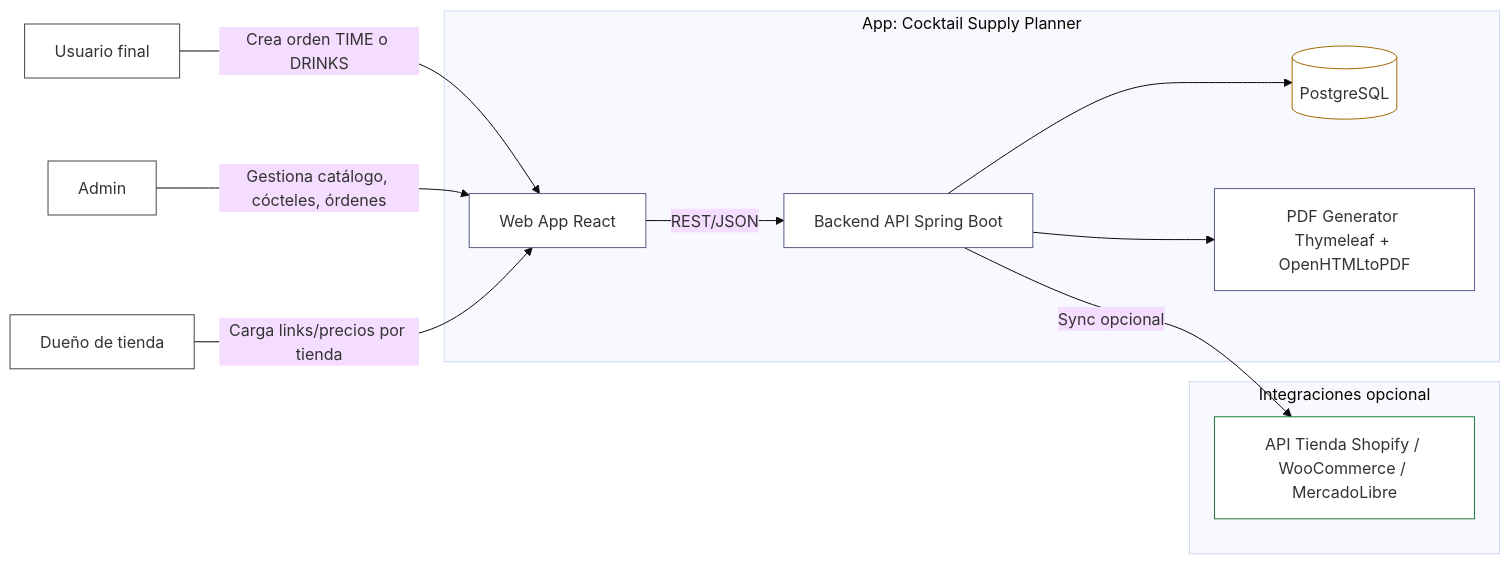
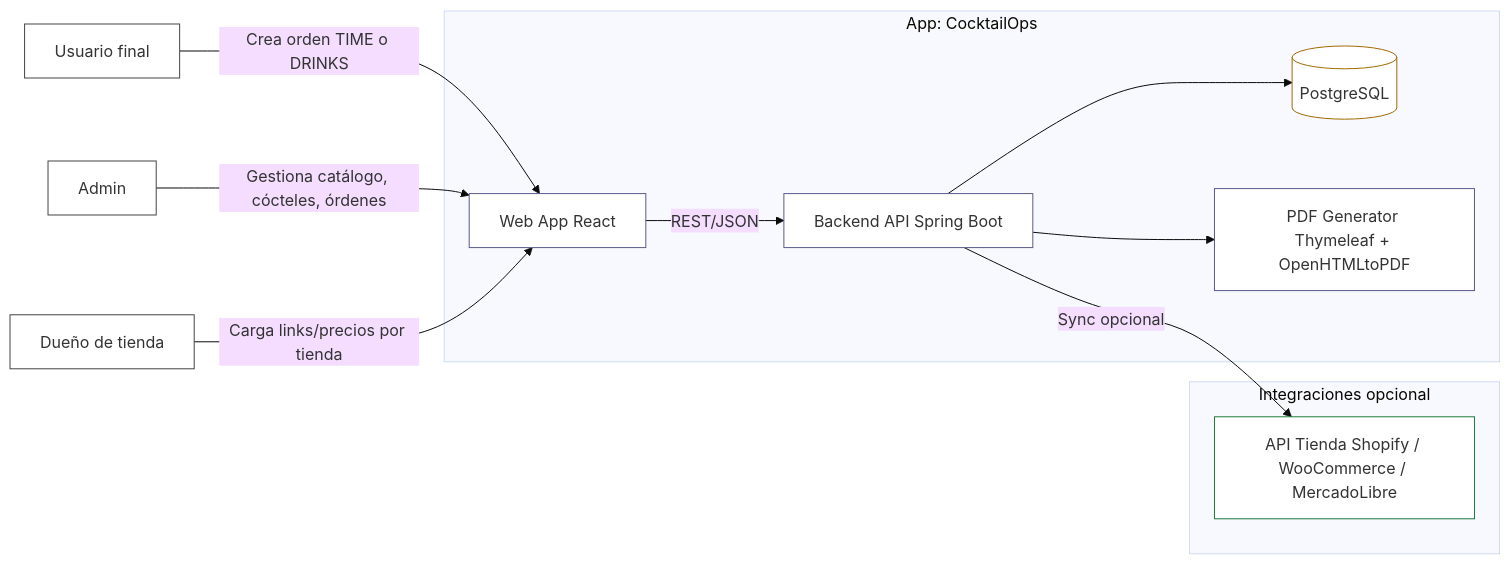
Before and after one commit to Fran3103/CocktailOps: the second of 3 diagrams in README.md, drawn with Mermaid (base theme). The commit also changed other lines of this file, not shown here.

````diff
--- a/README.md
+++ b/README.md
@@ -218,37 +321,37 @@
 ```mermaid
 flowchart LR
 
 U[Usuario final]
 A[Admin]
 S[Dueño de tienda]
 
-subgraph SYS[App: Cocktail Supply Planner]
+subgraph SYS[App: CocktailOps]
   FE[Web App React]
   BE[Backend API Spring Boot]
   DB[(PostgreSQL)]
   PDF[PDF Generator Thymeleaf + OpenHTMLtoPDF]
 end
 
 subgraph EXT[Integraciones opcional]
   SHOPAPI[API Tienda Shopify / WooCommerce / MercadoLibre]
 end
 
 U -->|Crea orden TIME o DRINKS| FE
 A -->|Gestiona catálogo, cócteles, órdenes| FE
 S -->|Carga links/precios por tienda| FE
 
 FE -->|REST/JSON| BE
 BE --> DB
 BE --> PDF
 BE -->|Sync opcional| SHOPAPI
 
 class U,A,S actor
 class FE,BE,PDF box
 class DB db
 class SHOPAPI ext
 
 classDef actor fill:#ffffff,stroke:#444,stroke-width:1px
 classDef box fill:#ffffff,stroke:#5a5a8a,stroke-width:1px
 classDef db fill:#ffffff,stroke:#a06a00,stroke-width:1px
 classDef ext fill:#ffffff,stroke:#1f7a3a,stroke-width:1px
 ```
````
